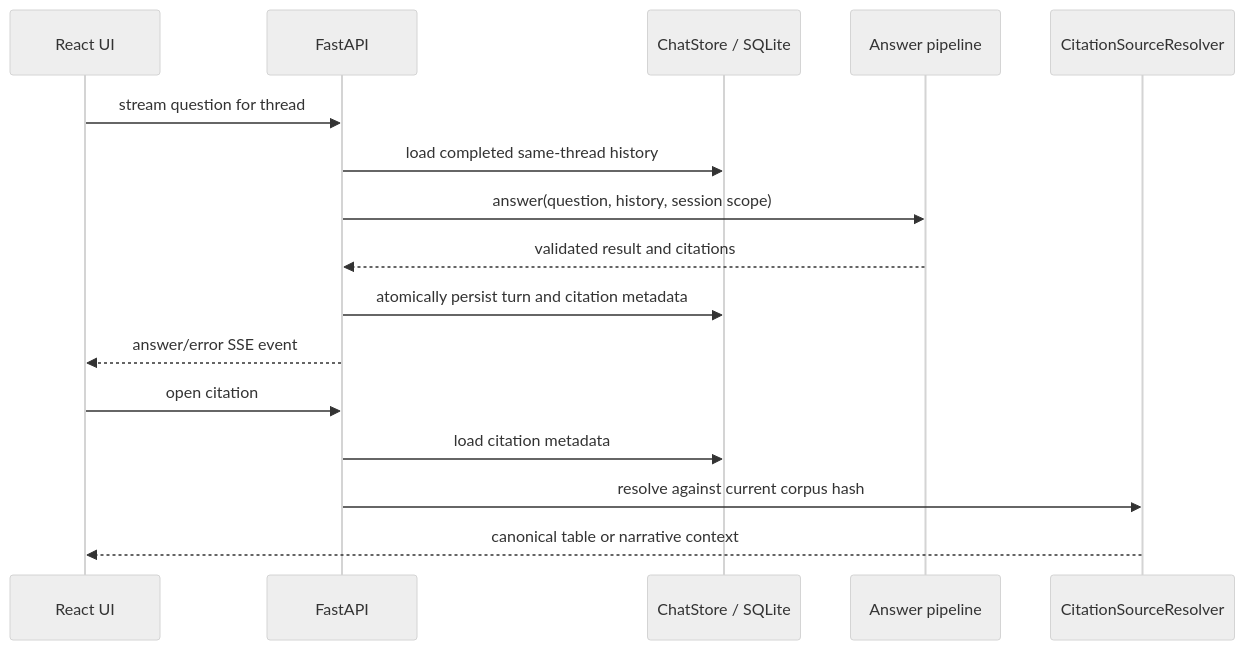
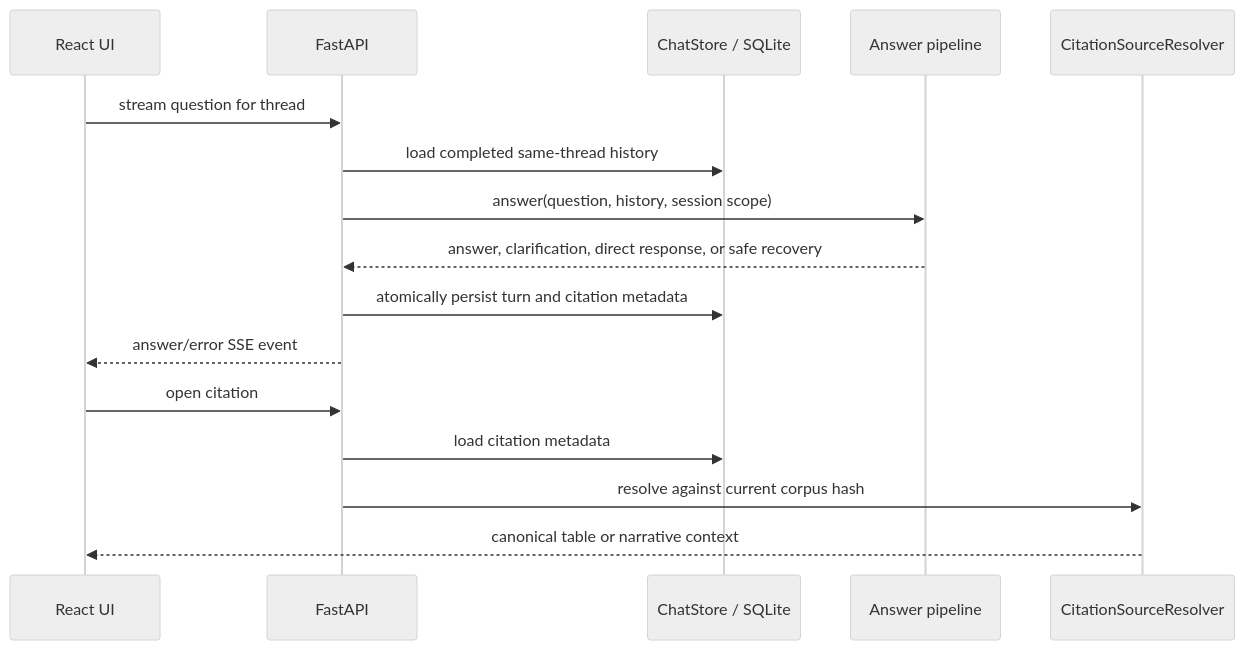
The diagram in src/bankscope/chat/README.md (nikolabakic/Banking-Technology-and-Operational-Risk-Intelligence-Assistant), drawn with Mermaid (neutral theme) before and after one commit. The commit also changed other lines of this file and 46 other files, not shown here.

````diff
--- a/src/bankscope/chat/README.md
+++ b/src/bankscope/chat/README.md
@@ -5,18 +5,18 @@
 ```mermaid
 sequenceDiagram
     participant UI as React UI
     participant API as FastAPI
     participant DB as ChatStore / SQLite
     participant P as Answer pipeline
     participant S as CitationSourceResolver
     UI->>API: stream question for thread
     API->>DB: load completed same-thread history
     API->>P: answer(question, history, session scope)
-    P-->>API: validated result and citations
+    P-->>API: answer, clarification, direct response, or safe recovery
     API->>DB: atomically persist turn and citation metadata
     API-->>UI: answer/error SSE event
     UI->>API: open citation
     API->>DB: load citation metadata
     API->>S: resolve against current corpus hash
     S-->>UI: canonical table or narrative context
 ```
````
